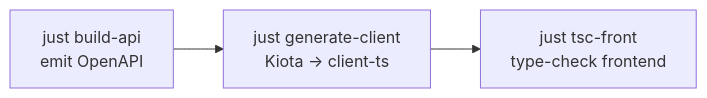
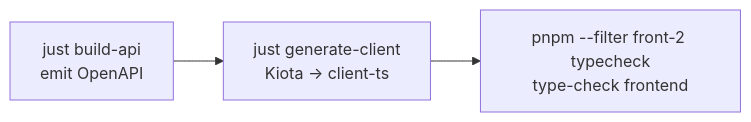
Before and after one commit to PublyApp/publyapp: the second of 2 diagrams in README.md, drawn with Mermaid. The commit also changed other lines of this file, not shown here.

First line of the commit message:
docs(readme): describe the deployed system (API + front-2), not apps/front/MUI

````diff
--- a/README.md
+++ b/README.md
@@ -161,4 +163,4 @@
 ```mermaid
 flowchart LR
-    A["just build-api<br/>emit OpenAPI"] --> B["just generate-client<br/>Kiota → client-ts"] --> C["just tsc-front<br/>type-check frontend"]
+    A["just build-api<br/>emit OpenAPI"] --> B["just generate-client<br/>Kiota → client-ts"] --> C["pnpm --filter front-2 typecheck<br/>type-check frontend"]
 ```
````
